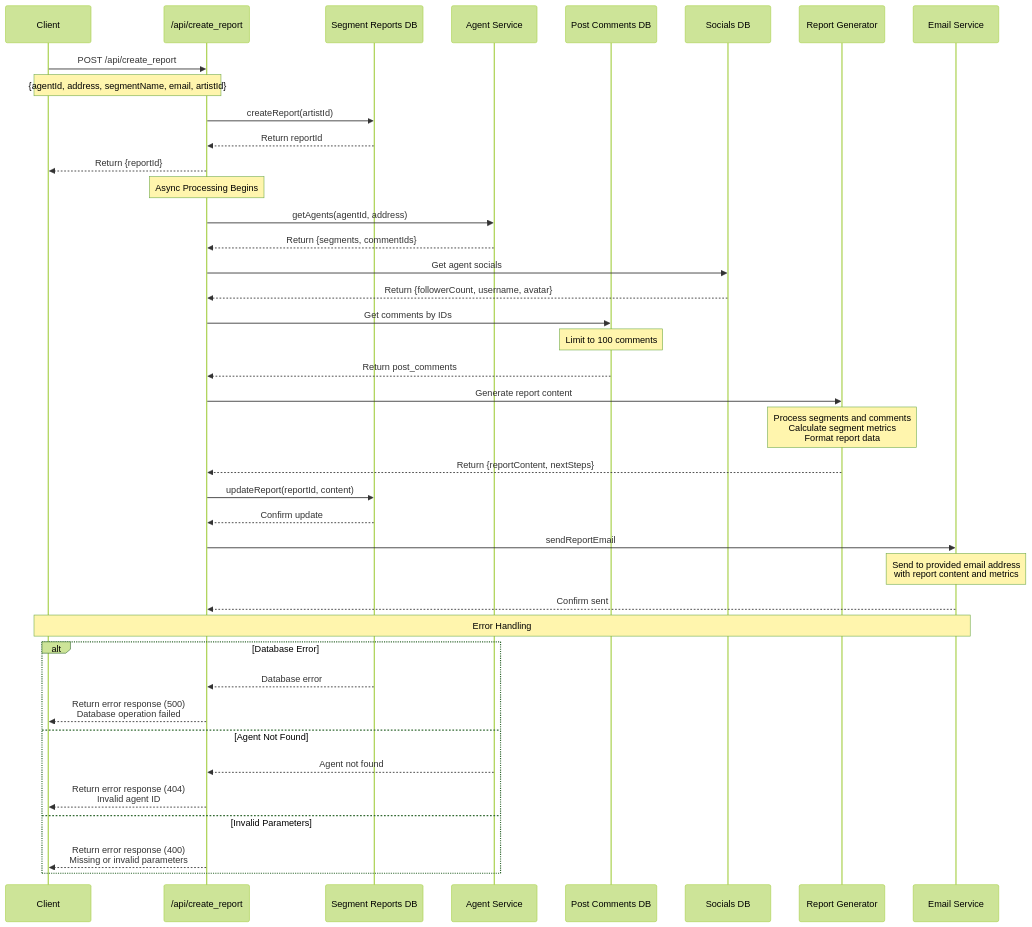
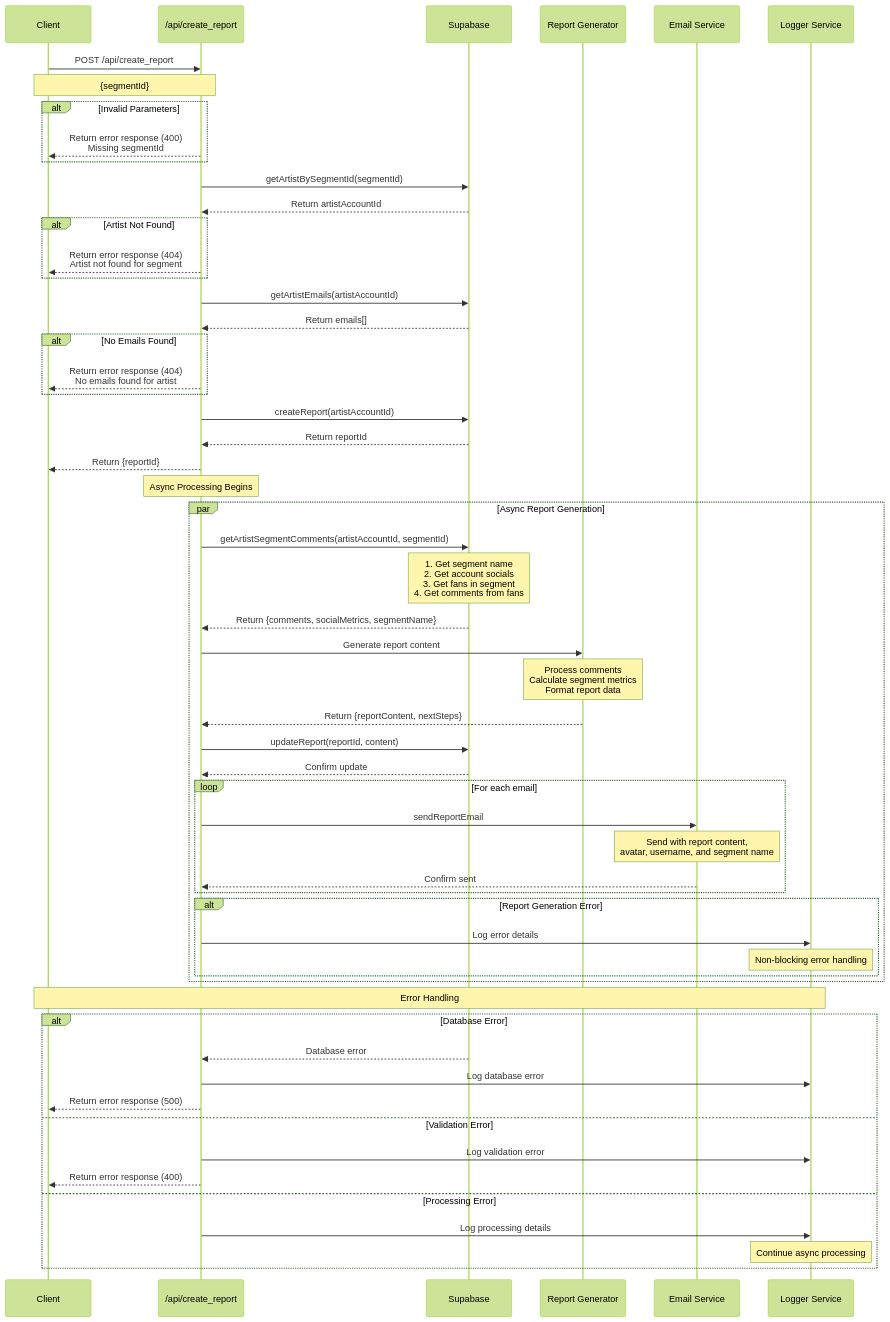
The diagram in docs/mermaid/create_report.mermaid (Recoupable-com/Recoup-Agent-APIs), drawn with Mermaid (forest theme) before and after one commit. The commit also changed 2 other files, not shown here.

Commit message:
remove dev comments and update mermaid chart.

```diff
--- a/docs/mermaid/create_report.mermaid
+++ b/docs/mermaid/create_report.mermaid
@@ -1,50 +1,71 @@
 sequenceDiagram
     participant Client
     participant API as /api/create_report
-    participant ReportDB as Segment Reports DB
-    participant AgentSvc as Agent Service
-    participant CommentDB as Post Comments DB
-    participant SocialDB as Socials DB
+    participant DB as Supabase
     participant Report as Report Generator
     participant Email as Email Service
+    participant Logger as Logger Service
 
     Client->>API: POST /api/create_report
-    Note over Client,API: {agentId, address, segmentName, email, artistId}
+    Note over Client,API: {segmentId}
+    
+    alt Invalid Parameters
+        API-->>Client: Return error response (400)<br/>Missing segmentId
+    end
 
-    API->>ReportDB: createReport(artistId)
-    ReportDB-->>API: Return reportId
+    API->>DB: getArtistBySegmentId(segmentId)
+    DB-->>API: Return artistAccountId
+    
+    alt Artist Not Found
+        API-->>Client: Return error response (404)<br/>Artist not found for segment
+    end
+
+    API->>DB: getArtistEmails(artistAccountId)
+    DB-->>API: Return emails[]
+    
+    alt No Emails Found
+        API-->>Client: Return error response (404)<br/>No emails found for artist
+    end
+
+    API->>DB: createReport(artistAccountId)
+    DB-->>API: Return reportId
     API-->>Client: Return {reportId}
 
     Note over API: Async Processing Begins
 
-    API->>AgentSvc: getAgents(agentId, address)
-    AgentSvc-->>API: Return {segments, commentIds}
+    par Async Report Generation
+        API->>DB: getArtistSegmentComments(artistAccountId, segmentId)
+        Note over DB: 1. Get segment name<br/>2. Get account socials<br/>3. Get fans in segment<br/>4. Get comments from fans
+        DB-->>API: Return {comments, socialMetrics, segmentName}
 
-    API->>SocialDB: Get agent socials
-    SocialDB-->>API: Return {followerCount, username, avatar}
+        API->>Report: Generate report content
+        Note over Report: Process comments<br/>Calculate segment metrics<br/>Format report data
+        Report-->>API: Return {reportContent, nextSteps}
 
-    API->>CommentDB: Get comments by IDs
-    Note over CommentDB: Limit to 100 comments
-    CommentDB-->>API: Return post_comments
+        API->>DB: updateReport(reportId, content)
+        DB-->>API: Confirm update
 
-    API->>Report: Generate report content
-    Note over Report: Process segments and comments<br/>Calculate segment metrics<br/>Format report data
-    Report-->>API: Return {reportContent, nextSteps}
+        loop For each email
+            API->>Email: sendReportEmail
+            Note over Email: Send with report content,<br/>avatar, username, and segment name
+            Email-->>API: Confirm sent
+        end
 
-    API->>ReportDB: updateReport(reportId, content)
-    ReportDB-->>API: Confirm update
+        alt Report Generation Error
+            API->>Logger: Log error details
+            Note over Logger: Non-blocking error handling
+        end
+    end
 
-    API->>Email: sendReportEmail
-    Note over Email: Send to provided email address<br/>with report content and metrics
-    Email-->>API: Confirm sent
-
-    Note over Client,Email: Error Handling
+    Note over Client,Logger: Error Handling
     alt Database Error
-        ReportDB-->>API: Database error
-        API-->>Client: Return error response (500)<br/>Database operation failed
-    else Agent Not Found
-        AgentSvc-->>API: Agent not found
-        API-->>Client: Return error response (404)<br/>Invalid agent ID
-    else Invalid Parameters
-        API-->>Client: Return error response (400)<br/>Missing or invalid parameters
+        DB-->>API: Database error
+        API->>Logger: Log database error
+        API-->>Client: Return error response (500)
+    else Validation Error
+        API->>Logger: Log validation error
+        API-->>Client: Return error response (400)
+    else Processing Error
+        API->>Logger: Log processing details
+        Note over Logger: Continue async processing
     end 
```
